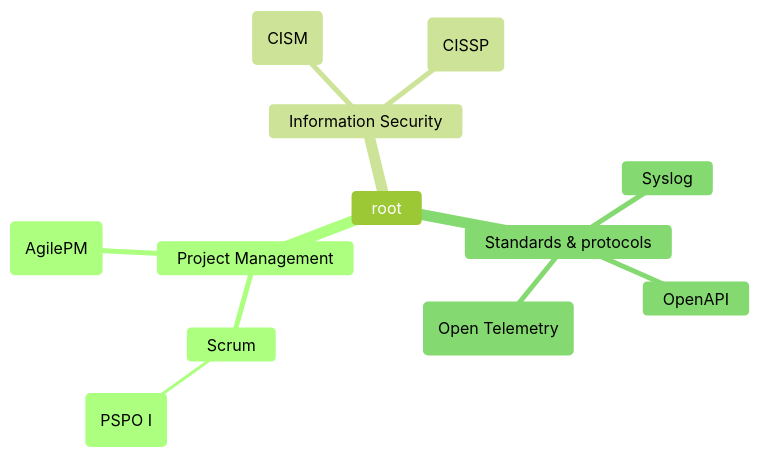
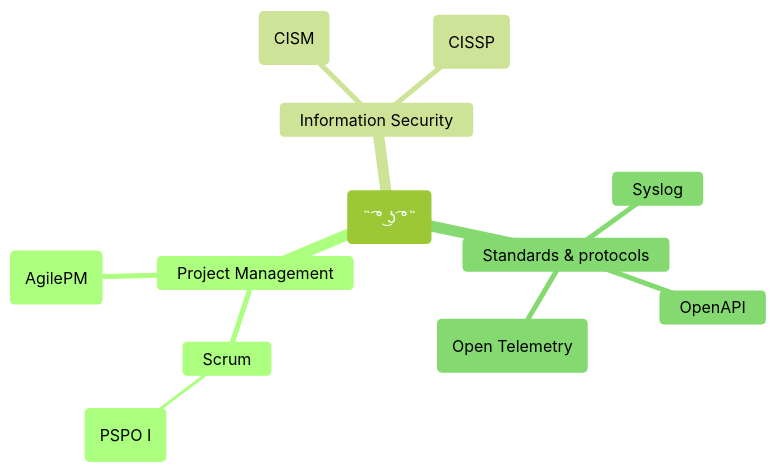
One commit to renevdhoek/renevdhoek changed the third of 3 diagrams in README.md. Above: the diagram before and after it, drawn with Mermaid (forest theme). The commit also changed other lines of this file, not shown here.

````diff
--- a/README.md
+++ b/README.md
@@ -51,15 +51,15 @@
 ```mermaid
 mindmap
-  root
+  (˵ ͡° ͜ʖ ͡°˵)
     Project Management
         Scrum
                 (PSPO I)
         (AgilePM)
     Information Security
         (CISM)
         (CISSP)
     Standards & protocols
         Syslog
         OpenAPI
         (Open Telemetry)
 ```
````
